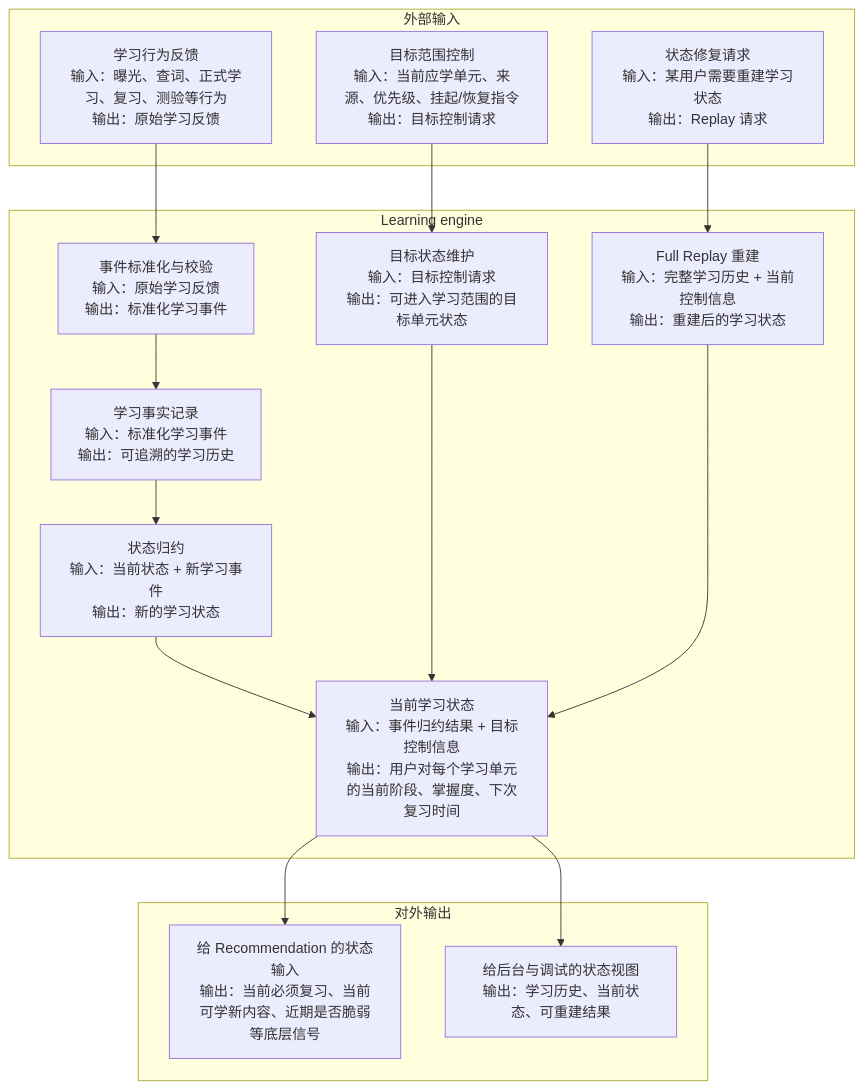
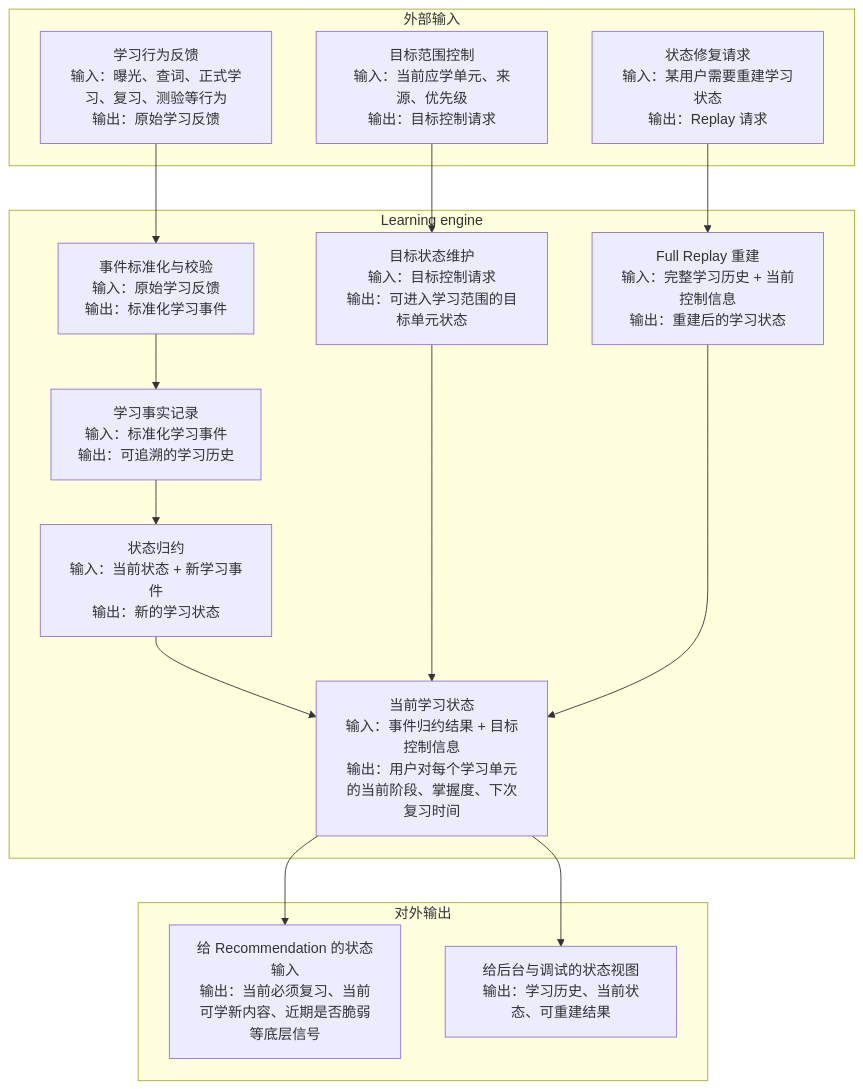
One commit to bionicotaku/learning-video-recommendation-system changed the second of 6 diagrams in docs/视频推荐系统设计图.md. Above: the diagram before and after it, drawn with Mermaid. The commit also changed other lines of this file and 71 other files, not shown here.

````diff
--- a/docs/视频推荐系统设计图.md
+++ b/docs/视频推荐系统设计图.md
@@ -99,37 +99,37 @@
 ```mermaid
 flowchart TD
 
 subgraph LE_INPUT["外部输入"]
     le_in1["学习行为反馈<br/>输入：曝光、查词、正式学习、复习、测验等行为<br/>输出：原始学习反馈"]
-    le_in2["目标范围控制<br/>输入：当前应学单元、来源、优先级、挂起/恢复指令<br/>输出：目标控制请求"]
+    le_in2["目标范围控制<br/>输入：当前应学单元、来源、优先级<br/>输出：目标控制请求"]
     le_in3["状态修复请求<br/>输入：某用户需要重建学习状态<br/>输出：Replay 请求"]
 end
 
 subgraph LE_CORE["Learning engine"]
     le_step1["事件标准化与校验<br/>输入：原始学习反馈<br/>输出：标准化学习事件"]
     le_step2["学习事实记录<br/>输入：标准化学习事件<br/>输出：可追溯的学习历史"]
     le_step3["状态归约<br/>输入：当前状态 + 新学习事件<br/>输出：新的学习状态"]
     le_step4["目标状态维护<br/>输入：目标控制请求<br/>输出：可进入学习范围的目标单元状态"]
     le_step5["Full Replay 重建<br/>输入：完整学习历史 + 当前控制信息<br/>输出：重建后的学习状态"]
     le_state["当前学习状态<br/>输入：事件归约结果 + 目标控制信息<br/>输出：用户对每个学习单元的当前阶段、掌握度、下次复习时间"]
 end
 
 subgraph LE_OUTPUT["对外输出"]
     le_out1["给 Recommendation 的状态输入<br/>输出：当前必须复习、当前可学新内容、近期是否脆弱等底层信号"]
     le_out2["给后台与调试的状态视图<br/>输出：学习历史、当前状态、可重建结果"]
 end
 
 le_in1 --> le_step1
 le_step1 --> le_step2
 le_step2 --> le_step3
 le_step3 --> le_state
 
 le_in2 --> le_step4
 le_step4 --> le_state
 
 le_in3 --> le_step5
 le_step5 --> le_state
 
 le_state --> le_out1
 le_state --> le_out2
 ```
````
